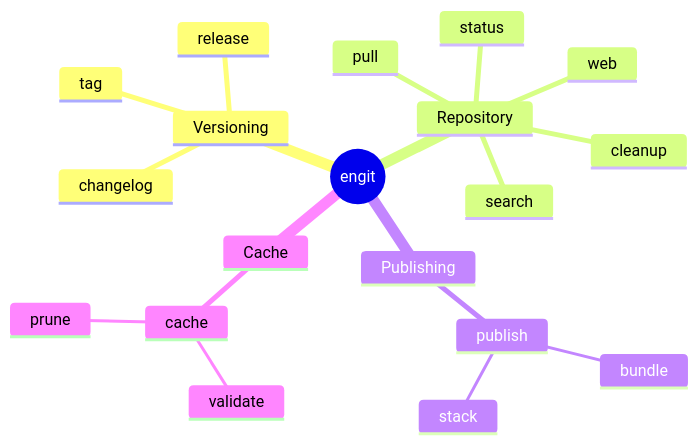
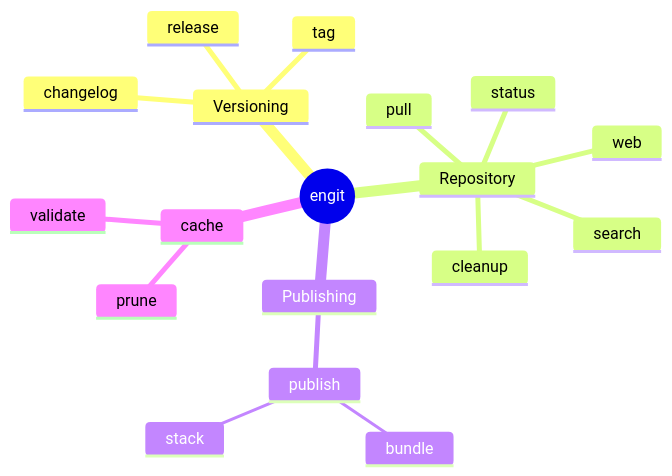
The diagram in docs/cli-reference/engit.md (gtvfx-envoy/envoy_utils), drawn with Mermaid before and after one commit.

Commit message:
Potential fix for pull request finding

````diff
--- a/docs/cli-reference/engit.md
+++ b/docs/cli-reference/engit.md
@@ -7,22 +7,21 @@
 ```mermaid
 mindmap
   root((engit))
     Versioning
       tag
       release
       changelog
     Repository
       status
       cleanup
       pull
       web
       search
     Publishing
       publish
         bundle
         stack
-    Cache
-      cache
-        validate
-        prune
+    cache
+      validate
+      prune
 ```
````
